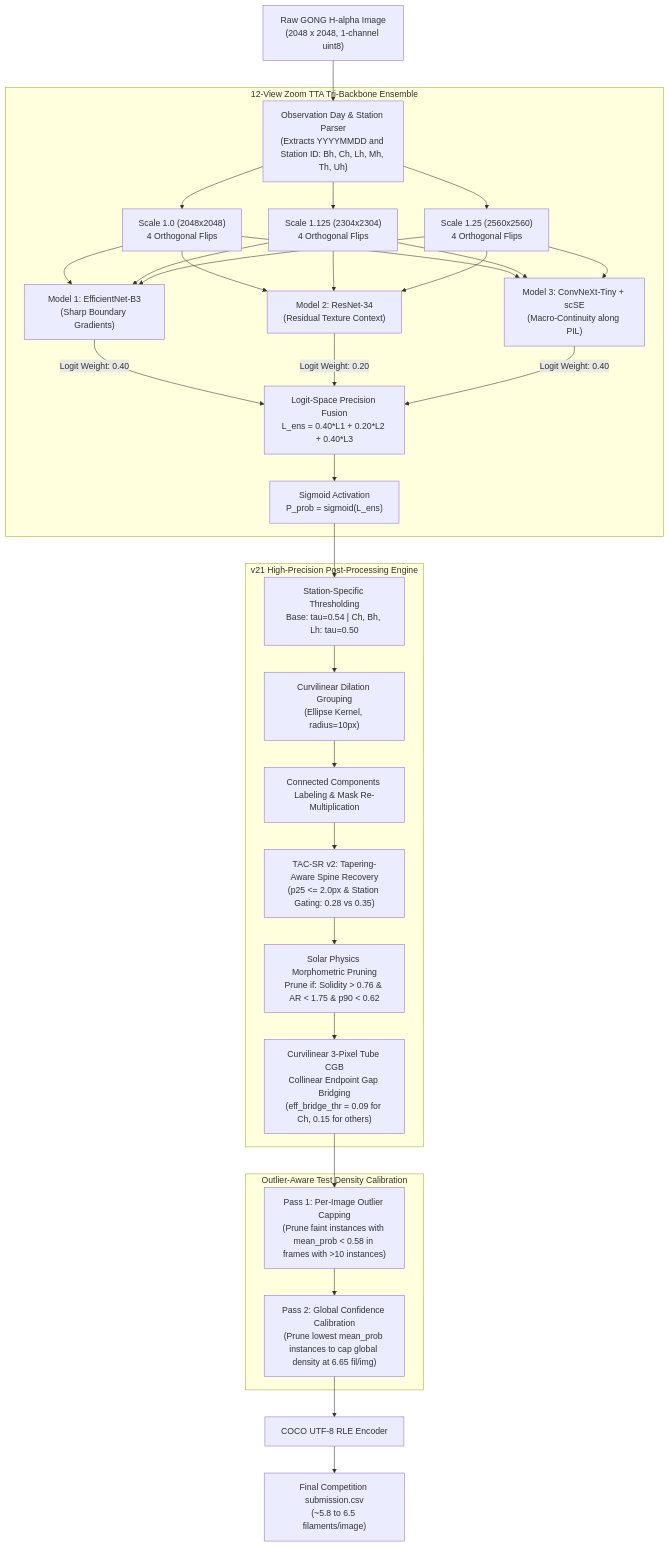
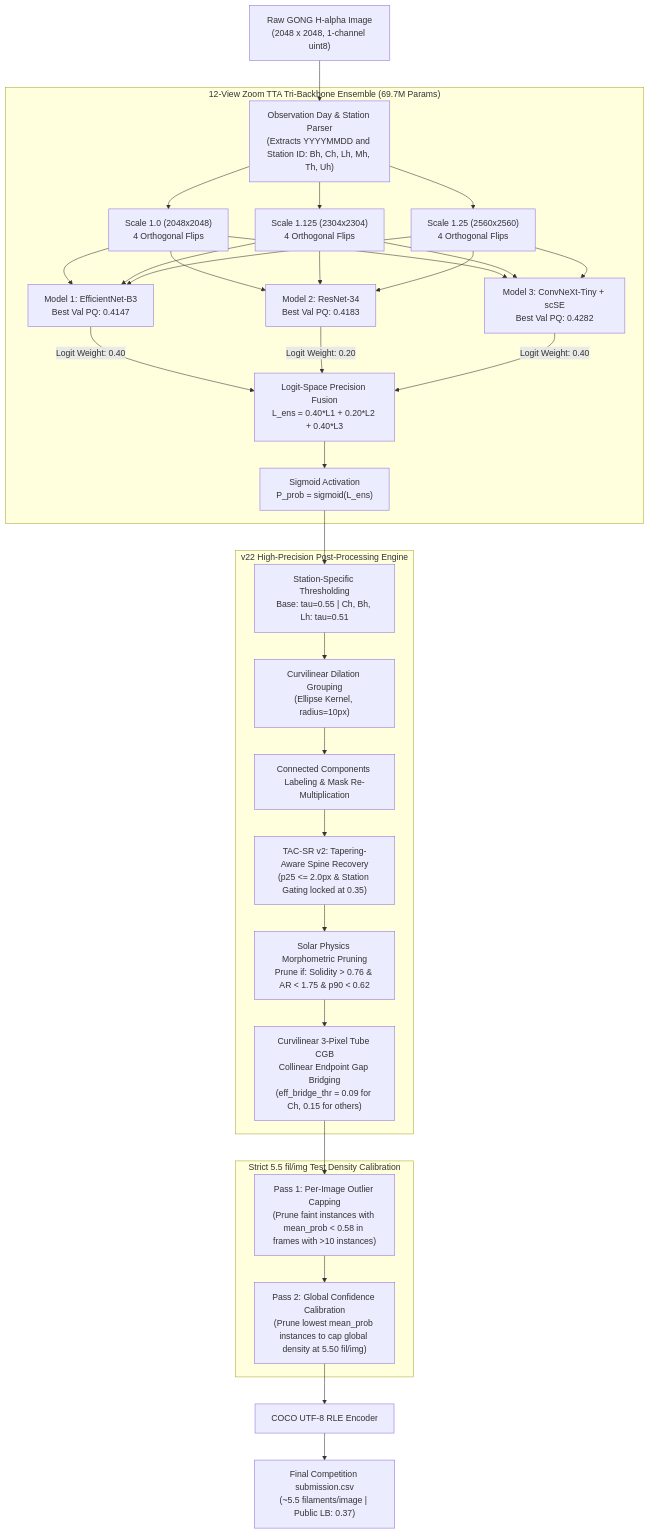
The first of 2 diagrams in PRESENTATION_AND_ARCHITECTURE_GUIDE.md (driv1sion/solar-filament), drawn with Mermaid before and after one commit. The commit also changed other lines of this file and 7 other files, not shown here.

````diff
--- a/PRESENTATION_AND_ARCHITECTURE_GUIDE.md
+++ b/PRESENTATION_AND_ARCHITECTURE_GUIDE.md
@@ -274,36 +278,36 @@
 ```mermaid
 flowchart TD
     A["Raw GONG H-alpha Image<br/>(2048 x 2048, 1-channel uint8)"] --> B["Observation Day & Station Parser<br/>(Extracts YYYYMMDD and Station ID: Bh, Ch, Lh, Mh, Th, Uh)"]
     
-    subgraph SOTA_Ensemble ["12-View Zoom TTA Tri-Backbone Ensemble"]
+    subgraph SOTA_Ensemble ["12-View Zoom TTA Tri-Backbone Ensemble (69.7M Params)"]
         B --> C1["Scale 1.0 (2048x2048)<br/>4 Orthogonal Flips"]
         B --> C2["Scale 1.125 (2304x2304)<br/>4 Orthogonal Flips"]
         B --> C3["Scale 1.25 (2560x2560)<br/>4 Orthogonal Flips"]
         
-        C1 & C2 & C3 --> D1["Model 1: EfficientNet-B3<br/>(Sharp Boundary Gradients)"]
-        C1 & C2 & C3 --> D2["Model 2: ResNet-34<br/>(Residual Texture Context)"]
-        C1 & C2 & C3 --> D3["Model 3: ConvNeXt-Tiny + scSE<br/>(Macro-Continuity along PIL)"]
+        C1 & C2 & C3 --> D1["Model 1: EfficientNet-B3<br/>Best Val PQ: 0.4147"]
+        C1 & C2 & C3 --> D2["Model 2: ResNet-34<br/>Best Val PQ: 0.4183"]
+        C1 & C2 & C3 --> D3["Model 3: ConvNeXt-Tiny + scSE<br/>Best Val PQ: 0.4282"]
         
         D1 -- "Logit Weight: 0.40" --> E["Logit-Space Precision Fusion<br/>L_ens = 0.40*L1 + 0.20*L2 + 0.40*L3"]
         D2 -- "Logit Weight: 0.20" --> E
         D3 -- "Logit Weight: 0.40" --> E
         E --> F["Sigmoid Activation<br/>P_prob = sigmoid(L_ens)"]
     end
 
-    subgraph Post_Processing ["v21 High-Precision Post-Processing Engine"]
-        F --> G["Station-Specific Thresholding<br/>Base: tau=0.54 | Ch, Bh, Lh: tau=0.50"]
+    subgraph Post_Processing ["v22 High-Precision Post-Processing Engine"]
+        F --> G["Station-Specific Thresholding<br/>Base: tau=0.55 | Ch, Bh, Lh: tau=0.51"]
         G --> H["Curvilinear Dilation Grouping<br/>(Ellipse Kernel, radius=10px)"]
         H --> I["Connected Components Labeling & Mask Re-Multiplication"]
-        I --> J["TAC-SR v2: Tapering-Aware Spine Recovery<br/>(p25 <= 2.0px & Station Gating: 0.28 vs 0.35)"]
+        I --> J["TAC-SR v2: Tapering-Aware Spine Recovery<br/>(p25 <= 2.0px & Station Gating locked at 0.35)"]
         J --> K["Solar Physics Morphometric Pruning<br/>Prune if: Solidity > 0.76 & AR < 1.75 & p90 < 0.62"]
         K --> L["Curvilinear 3-Pixel Tube CGB<br/>Collinear Endpoint Gap Bridging<br/>(eff_bridge_thr = 0.09 for Ch, 0.15 for others)"]
     end
 
-    subgraph Density_Calibration ["Outlier-Aware Test Density Calibration"]
+    subgraph Density_Calibration ["Strict 5.5 fil/img Test Density Calibration"]
         L --> M["Pass 1: Per-Image Outlier Capping<br/>(Prune faint instances with mean_prob < 0.58 in frames with >10 instances)"]
-        M --> N["Pass 2: Global Confidence Calibration<br/>(Prune lowest mean_prob instances to cap global density at 6.65 fil/img)"]
+        M --> N["Pass 2: Global Confidence Calibration<br/>(Prune lowest mean_prob instances to cap global density at 5.50 fil/img)"]
     end
 
     N --> O["COCO UTF-8 RLE Encoder"]
-    O --> P["Final Competition submission.csv<br/>(~5.8 to 6.5 filaments/image)"]
+    O --> P["Final Competition submission.csv<br/>(~5.5 filaments/image | Public LB: 0.37)"]
 ```
````
